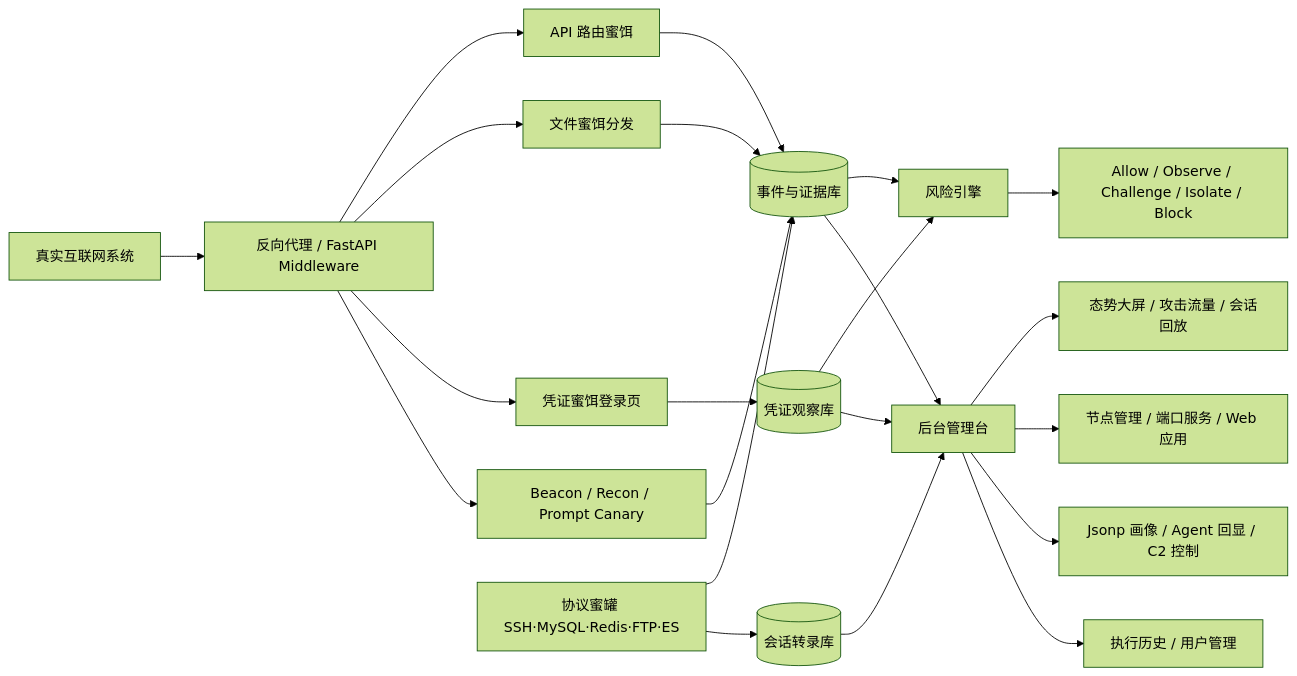
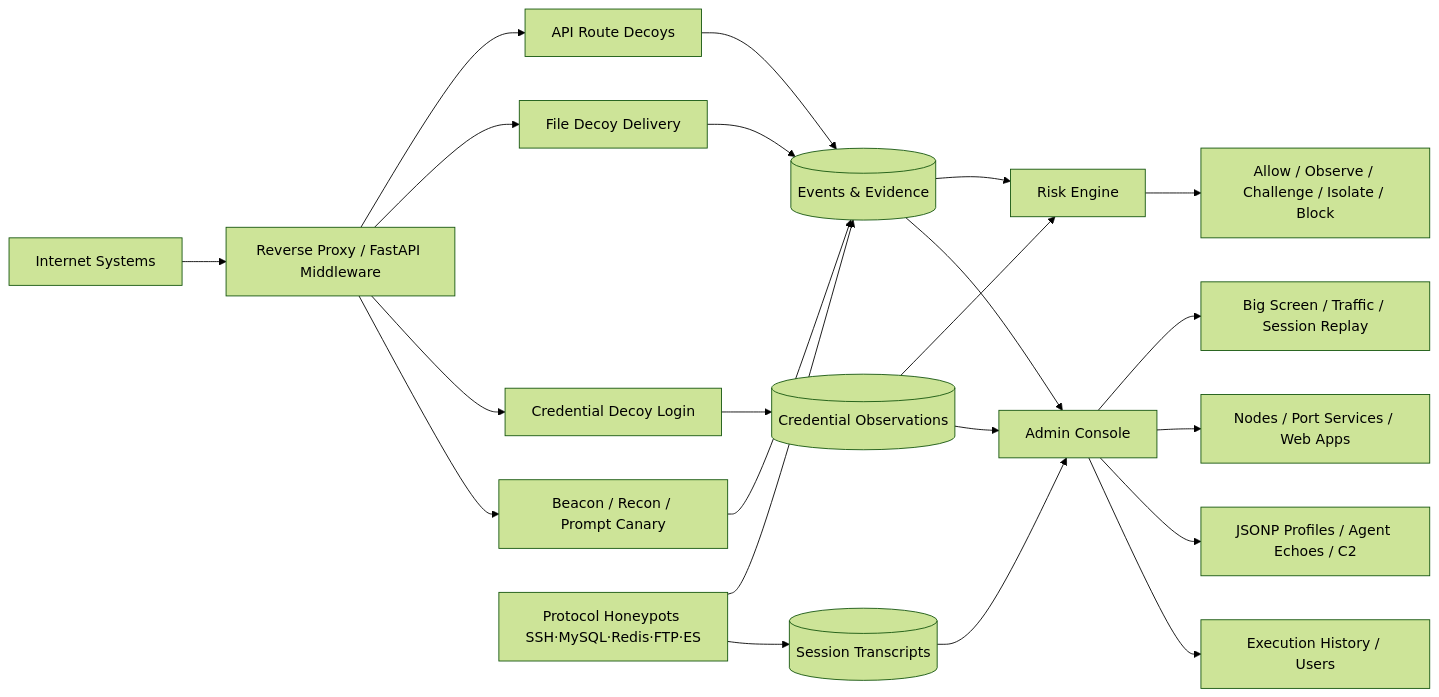
One commit to Tcotl/AgentCapture changed the diagram in README.md. Above: the diagram before and after it, drawn with Mermaid (forest theme). The commit also changed other lines of this file and 3 other files, not shown here.

````diff
--- a/README.md
+++ b/README.md
@@ -159,24 +159,24 @@
 ```mermaid
 flowchart LR
-    A[真实互联网系统] --> B[反向代理 / FastAPI Middleware]
-    B --> C[API 路由蜜饵]
-    B --> D[文件蜜饵分发]
-    B --> E[凭证蜜饵登录页]
+    A[Internet Systems] --> B[Reverse Proxy / FastAPI Middleware]
+    B --> C[API Route Decoys]
+    B --> D[File Decoy Delivery]
+    B --> E[Credential Decoy Login]
     B --> F[Beacon / Recon / Prompt Canary]
-    P[协议蜜罐 SSH·MySQL·Redis·FTP·ES] --> G[(事件与证据库)]
-    P --> Q[(会话转录库)]
+    P[Protocol Honeypots SSH·MySQL·Redis·FTP·ES] --> G[(Events & Evidence)]
+    P --> Q[(Session Transcripts)]
     C --> G
     D --> G
-    E --> H[(凭证观察库)]
+    E --> H[(Credential Observations)]
     F --> G
-    G --> I[风险引擎]
+    G --> I[Risk Engine]
     H --> I
     I --> J[Allow / Observe / Challenge / Isolate / Block]
-    G --> K[后台管理台]
+    G --> K[Admin Console]
     H --> K
     Q --> K
-    K --> L[态势大屏 / 攻击流量 / 会话回放]
-    K --> M[节点管理 / 端口服务 / Web 应用]
-    K --> N[Jsonp 画像 / Agent 回显 / C2 控制]
-    K --> O[执行历史 / 用户管理]
+    K --> L[Big Screen / Traffic / Session Replay]
+    K --> M[Nodes / Port Services / Web Apps]
+    K --> N[JSONP Profiles / Agent Echoes / C2]
+    K --> O[Execution History / Users]
 ```
````
